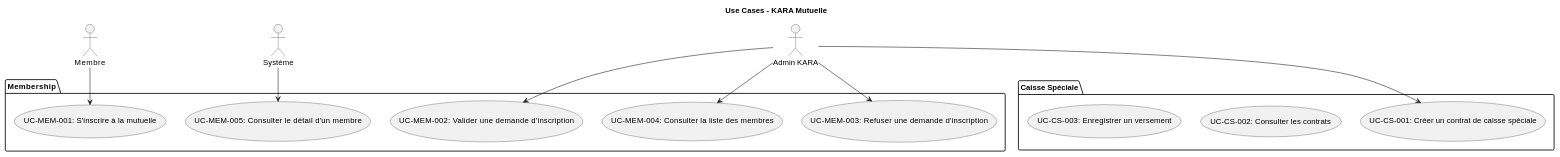
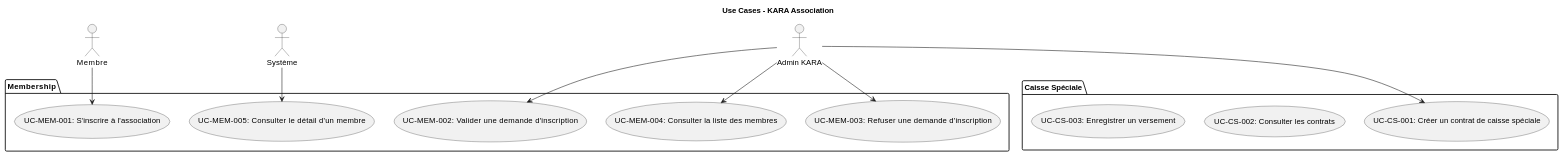
Before and after one commit to GlennEriss/kara-client-front: the first of 2 diagrams in documentation/general/WORKFLOW.md, drawn with PlantUML. The commit also changed other lines of this file and 92 other files, not shown here.

````diff
--- a/documentation/general/WORKFLOW.md
+++ b/documentation/general/WORKFLOW.md
@@ -366,40 +366,40 @@
 ```plantuml
 @startuml
-title Use Cases - KARA Mutuelle
+title Use Cases - KARA Association
 
 ' ============================================
 ' MODULE : MEMBERSHIP (Gestion des Membres)
 ' ============================================
 package "Membership" {
-  usecase "UC-MEM-001: S'inscrire à la mutuelle" as UC_REGISTER
+  usecase "UC-MEM-001: S'inscrire à l'association" as UC_REGISTER
   usecase "UC-MEM-002: Valider une demande d'inscription" as UC_VALIDATE
   usecase "UC-MEM-003: Refuser une demande d'inscription" as UC_REJECT
   usecase "UC-MEM-004: Consulter la liste des membres" as UC_LIST_MEMBERS
   usecase "UC-MEM-005: Consulter le détail d'un membre" as UC_MEMBER_DETAIL
 }
 
 ' ============================================
 ' MODULE : CAISSE SPÉCIALE
 ' ============================================
 package "Caisse Spéciale" {
   usecase "UC-CS-001: Créer un contrat de caisse spéciale" as UC_CS_CREATE
   usecase "UC-CS-002: Consulter les contrats" as UC_CS_LIST
   usecase "UC-CS-003: Enregistrer un versement" as UC_CS_PAYMENT
   ' ... autres use cases
 }
 
 ' Acteurs
 actor "Admin KARA" as Admin
 actor "Membre" as Member
 actor "Système" as System
 
 ' Relations
 Admin --> UC_VALIDATE
 Admin --> UC_REJECT
 Admin --> UC_LIST_MEMBERS
 Admin --> UC_CS_CREATE
 Member --> UC_REGISTER
 System --> UC_MEMBER_DETAIL
 
 @enduml
 ```
````
